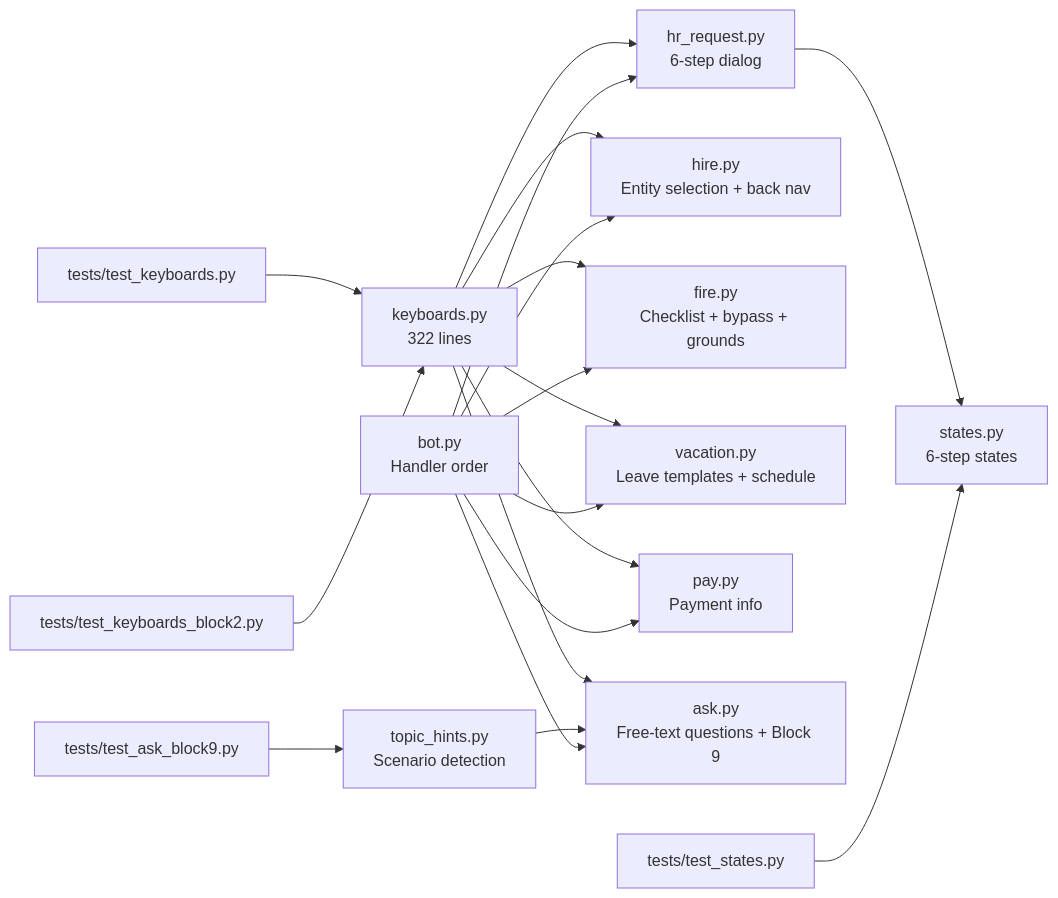
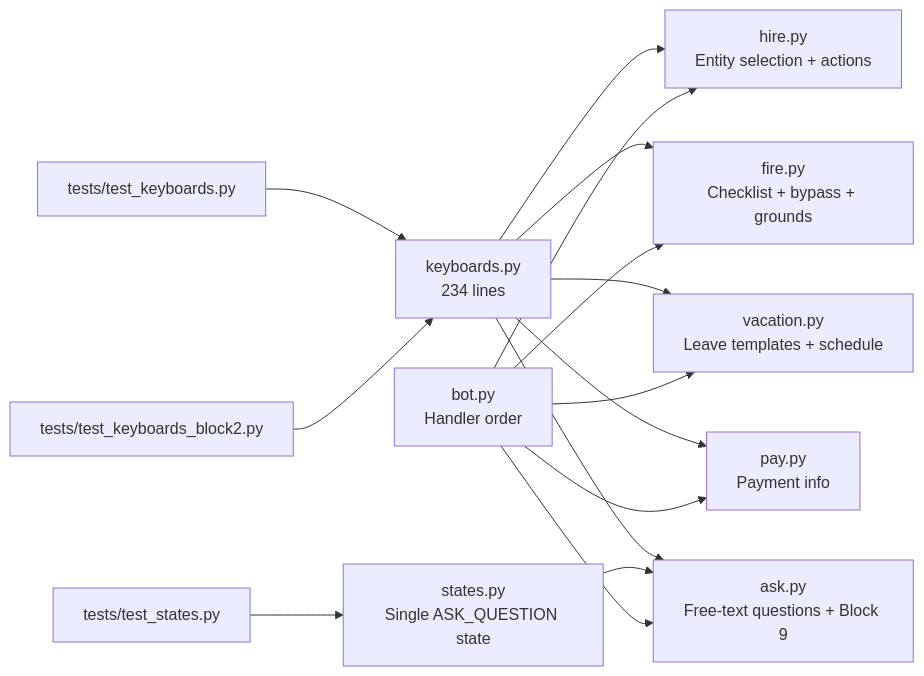
One commit to ognelis/cafetera_hr_bot changed the tenth of 11 diagrams in .qoder/repowiki/en/content/Keyboard System.md. Above: the diagram before and after it, drawn with Mermaid. The commit also changed other lines of this file and 16 other files, not shown here.

````diff
--- a/.qoder/repowiki/en/content/Keyboard System.md
+++ b/.qoder/repowiki/en/content/Keyboard System.md
@@ -543,21 +472,17 @@
 ```mermaid
 graph LR
-KB["keyboards.py<br/>322 lines"] --> HR_REQ["hr_request.py<br/>6-step dialog"]
-KB --> HIRE["hire.py<br/>Entity selection + back nav"]
+KB["keyboards.py<br/>234 lines"] --> HIRE["hire.py<br/>Entity selection + actions"]
 KB --> FIRE["fire.py<br/>Checklist + bypass + grounds"]
 KB --> VACATION["vacation.py<br/>Leave templates + schedule"]
 KB --> PAY["pay.py<br/>Payment info"]
 KB --> ASK["ask.py<br/>Free-text questions + Block 9"]
-TH["topic_hints.py<br/>Scenario detection"] --> ASK
-HR_REQ --> STATES["states.py<br/>6-step states"]
-BOT["bot.py<br/>Handler order"] --> HR_REQ
-BOT --> HIRE
+ST["states.py<br/>Single ASK_QUESTION state"] --> ASK
+BOT["bot.py<br/>Handler order"] --> HIRE
 BOT --> FIRE
 BOT --> VACATION
 BOT --> PAY
 BOT --> ASK
 TEST_KB["tests/test_keyboards.py"] --> KB
 TEST_BLOCK2["tests/test_keyboards_block2.py"] --> KB
-TEST_STATES["tests/test_states.py"] --> STATES
-TEST_BLOCK9["tests/test_ask_block9.py"] --> TH
+TEST_STATES["tests/test_states.py"] --> ST
 ```
````
